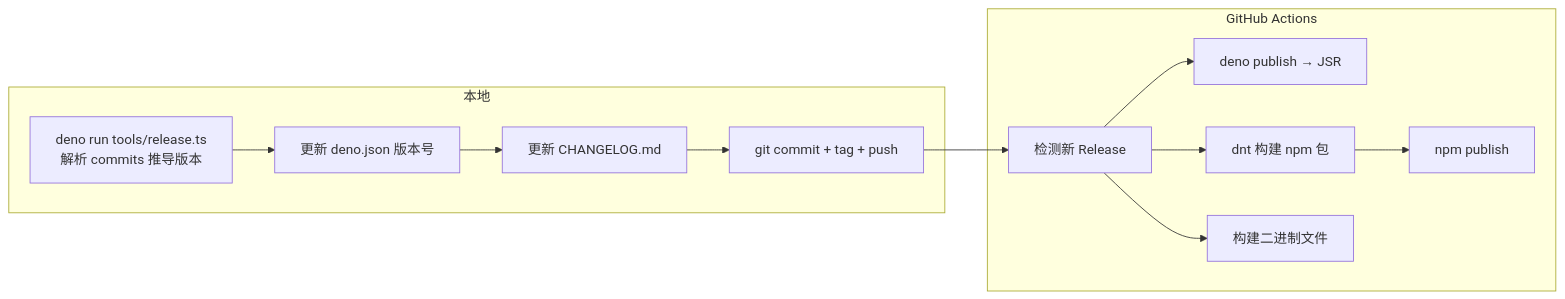
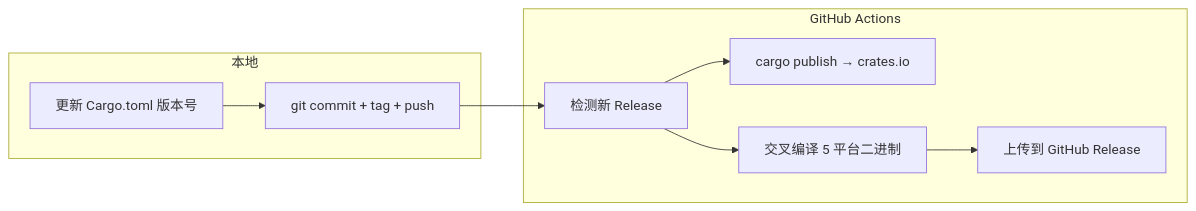
Before and after one commit to shenjingnan/zapmyco: the diagram in docs/content/advanced/release-flow.mdx, drawn with Mermaid. The commit also changed other lines of this file and 7 other files, not shown here.

````diff
--- a/docs/content/advanced/release-flow.mdx
+++ b/docs/content/advanced/release-flow.mdx
@@ -10,22 +10,18 @@
 ```mermaid
 flowchart LR
     subgraph Local["本地"]
-        A["deno run tools/release.ts<br/>解析 commits 推导版本"]
-        B["更新 deno.json 版本号"]
-        C["更新 CHANGELOG.md"]
-        D["git commit + tag + push"]
+        A["更新 Cargo.toml 版本号"]
+        B["git commit + tag + push"]
     end
 
     subgraph GitHub["GitHub Actions"]
-        E["检测新 Release"]
-        F["deno publish → JSR"]
-        G["dnt 构建 npm 包"]
-        H["npm publish"]
-        I["构建二进制文件"]
+        C["检测新 Release"]
+        D["cargo publish → crates.io"]
+        E["交叉编译 5 平台二进制"]
+        F["上传到 GitHub Release"]
     end
 
-    A --> B --> C --> D --> E
-    E --> F
-    E --> G --> H
-    E --> I
+    A --> B --> C
+    C --> D
+    C --> E --> F
 ```
````
